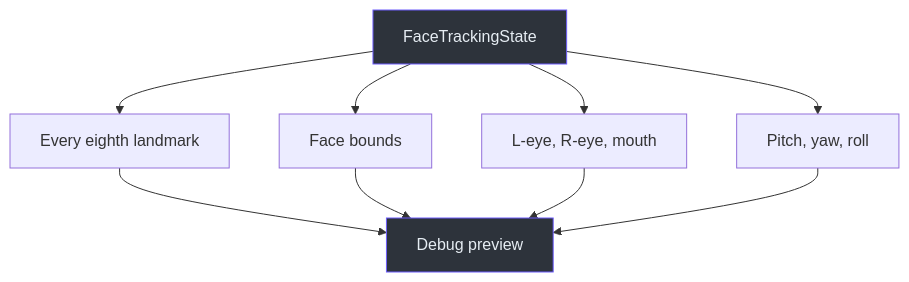
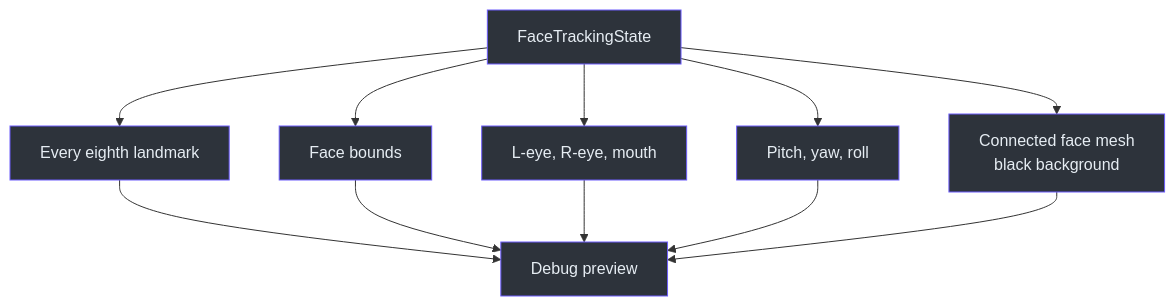
One commit to Zanark/KardboardCode-VTuber changed the first of 2 diagrams in docs/06-face-tracking/live-debugging-and-validation.md. Above: the diagram before and after it, drawn with Mermaid. The commit also changed other lines of this file and 11 other files, not shown here.

````diff
--- a/docs/06-face-tracking/live-debugging-and-validation.md
+++ b/docs/06-face-tracking/live-debugging-and-validation.md
@@ -17,13 +18,20 @@
 ```mermaid
 flowchart TD
     State["FaceTrackingState"] --> Sparse["Every eighth landmark"]
     State --> Bounds["Face bounds"]
     State --> Expression["L-eye, R-eye, mouth"]
     State --> Pose["Pitch, yaw, roll"]
+    State --> Inset["Connected face mesh<br>black background"]
     Sparse --> Preview["Debug preview"]
     Bounds --> Preview
     Expression --> Preview
     Pose --> Preview
+    Inset --> Preview
     style State fill:#2d333b,stroke:#6d5dfc,color:#e6edf3
+    style Sparse fill:#2d333b,stroke:#6d5dfc,color:#e6edf3
+    style Bounds fill:#2d333b,stroke:#6d5dfc,color:#e6edf3
+    style Expression fill:#2d333b,stroke:#6d5dfc,color:#e6edf3
+    style Pose fill:#2d333b,stroke:#6d5dfc,color:#e6edf3
+    style Inset fill:#2d333b,stroke:#6d5dfc,color:#e6edf3
     style Preview fill:#2d333b,stroke:#6d5dfc,color:#e6edf3
 ```
````
